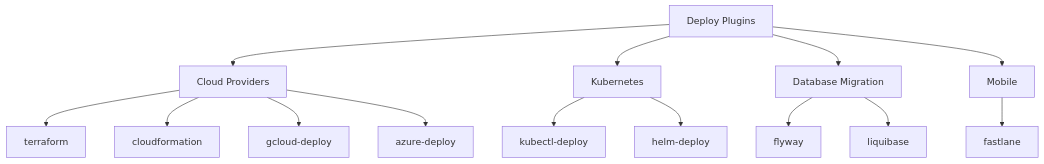
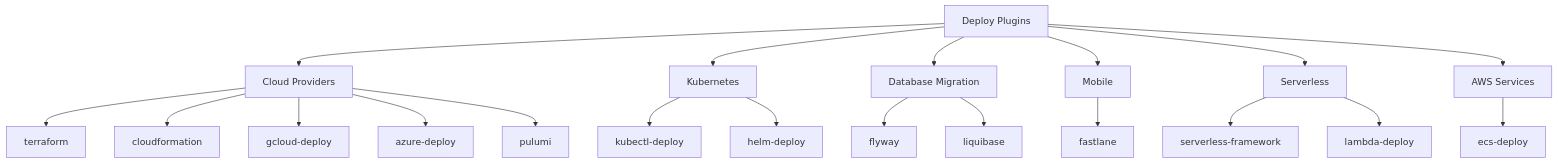
One commit to mwashburn160/pipeline-builder changed the first of 2 diagrams in docs/plugins/deploy.md. Above: the diagram before and after it, drawn with Mermaid. The commit also changed other lines of this file and 235 other files, not shown here.

````diff
--- a/docs/plugins/deploy.md
+++ b/docs/plugins/deploy.md
@@ -5,13 +5,18 @@
 ```mermaid
 flowchart TB
     Deploy[Deploy Plugins]
     Deploy --> Cloud[Cloud Providers]
     Deploy --> K8s[Kubernetes]
     Deploy --> DB[Database Migration]
     Deploy --> Mobile[Mobile]
 
-    Cloud --> terraform & cloudformation & gcloud-deploy & azure-deploy
+    Deploy --> Serverless[Serverless]
+    Deploy --> AWS[AWS Services]
+
+    Cloud --> terraform & cloudformation & gcloud-deploy & azure-deploy & pulumi
     K8s --> kubectl-deploy & helm-deploy
     DB --> flyway & liquibase
     Mobile --> fastlane
+    Serverless --> serverless-framework & lambda-deploy
+    AWS --> ecs-deploy
 ```
````
